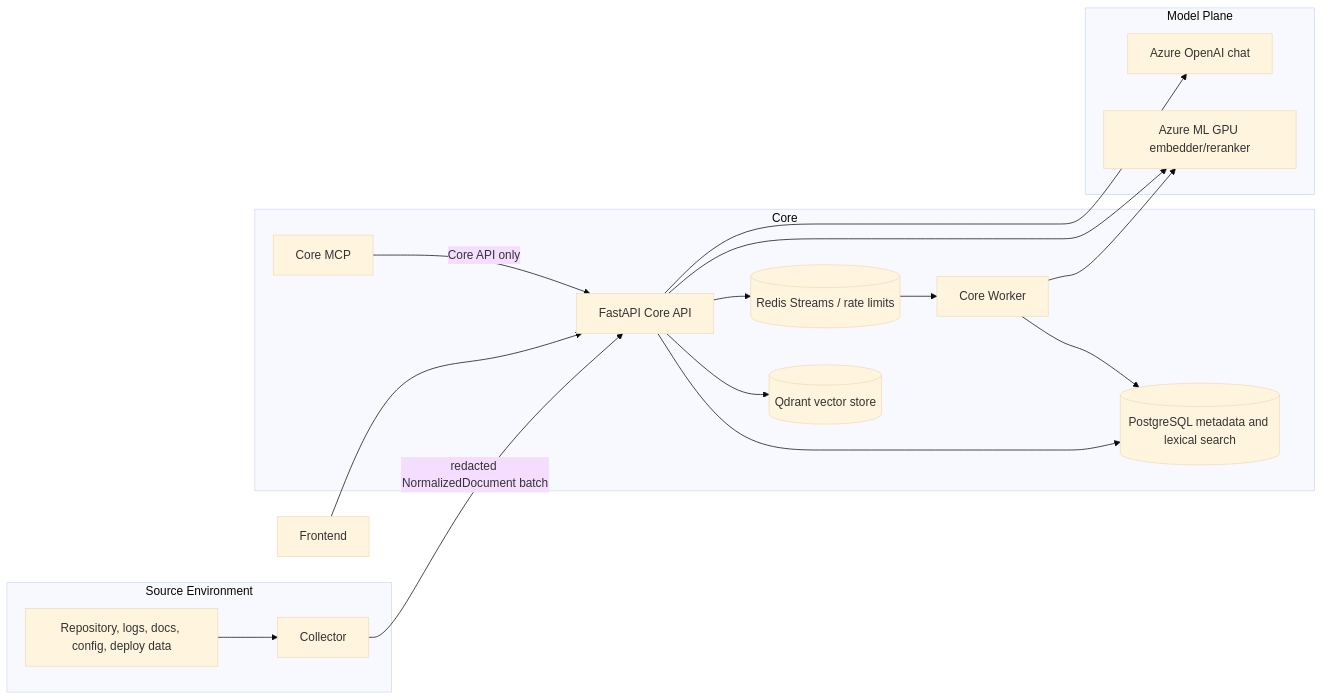
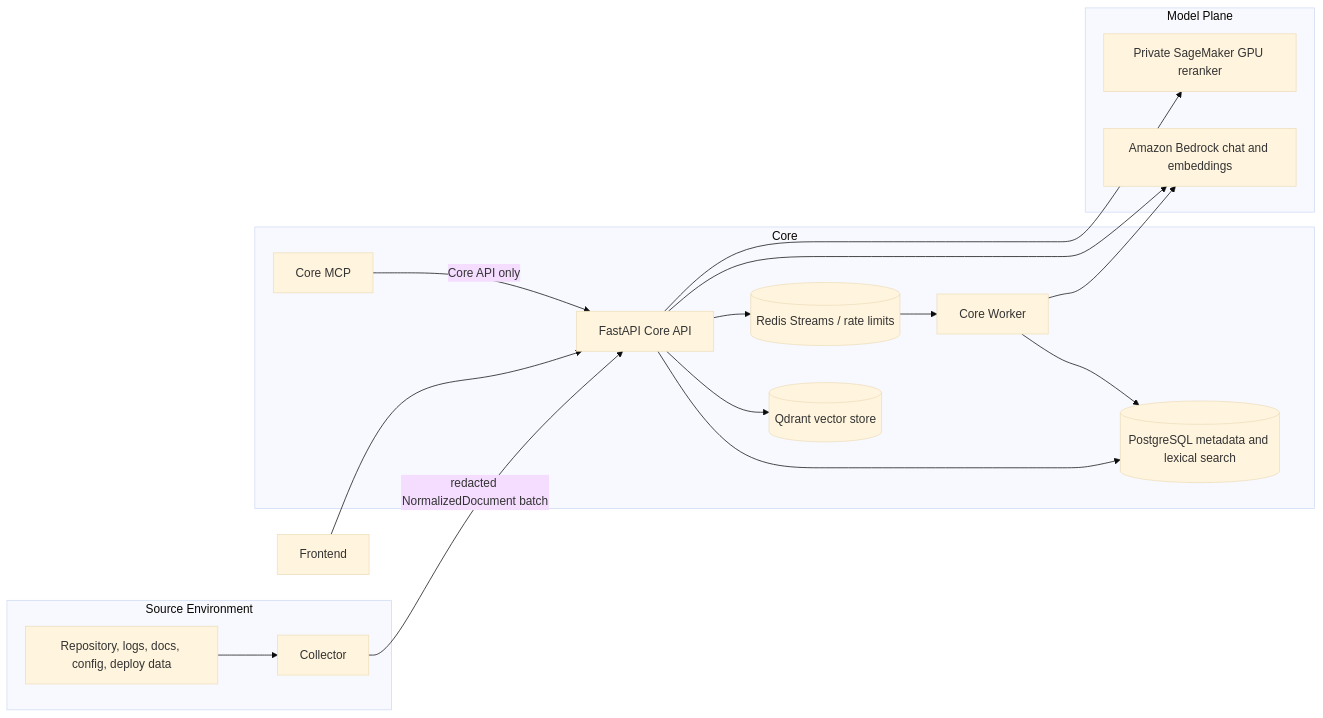
Before and after one commit to Auro-rium/Ops-Incident-Core: the first of 2 diagrams in technical.md, drawn with Mermaid (base theme). The commit also changed other lines of this file and 50 other files, not shown here.

````diff
--- a/technical.md
+++ b/technical.md
@@ -56,31 +55,31 @@
 ```mermaid
 flowchart LR
   subgraph Source Environment
     R[Repository, logs, docs, config, deploy data]
     C[Collector]
   end
   subgraph Core
     API[FastAPI Core API]
     W[Core Worker]
     PG[(PostgreSQL metadata and lexical search)]
     QD[(Qdrant vector store)]
     RS[(Redis Streams / rate limits)]
     MCP[Core MCP]
   end
   subgraph Model Plane
-    AOAI[Azure OpenAI chat]
-    AML[Azure ML GPU embedder/reranker]
+    BR[Amazon Bedrock chat and embeddings]
+    SM[Private SageMaker GPU reranker]
   end
   UI[Frontend] --> API
   R --> C
   C -->|redacted NormalizedDocument batch| API
   API --> PG
   API --> QD
   API --> RS
   RS --> W
   W --> PG
-  W --> AML
-  API --> AML
-  API --> AOAI
+  W --> BR
+  API --> BR
+  API --> SM
   MCP -->|Core API only| API
 ```
````
